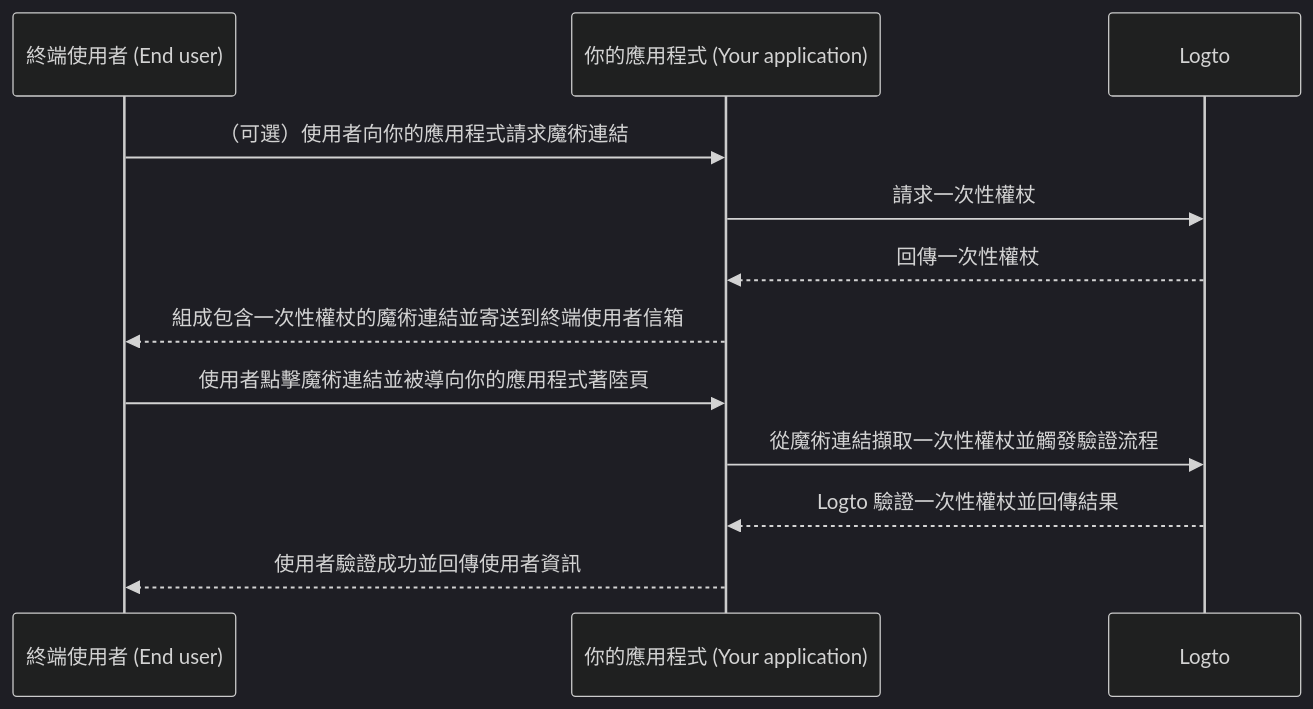
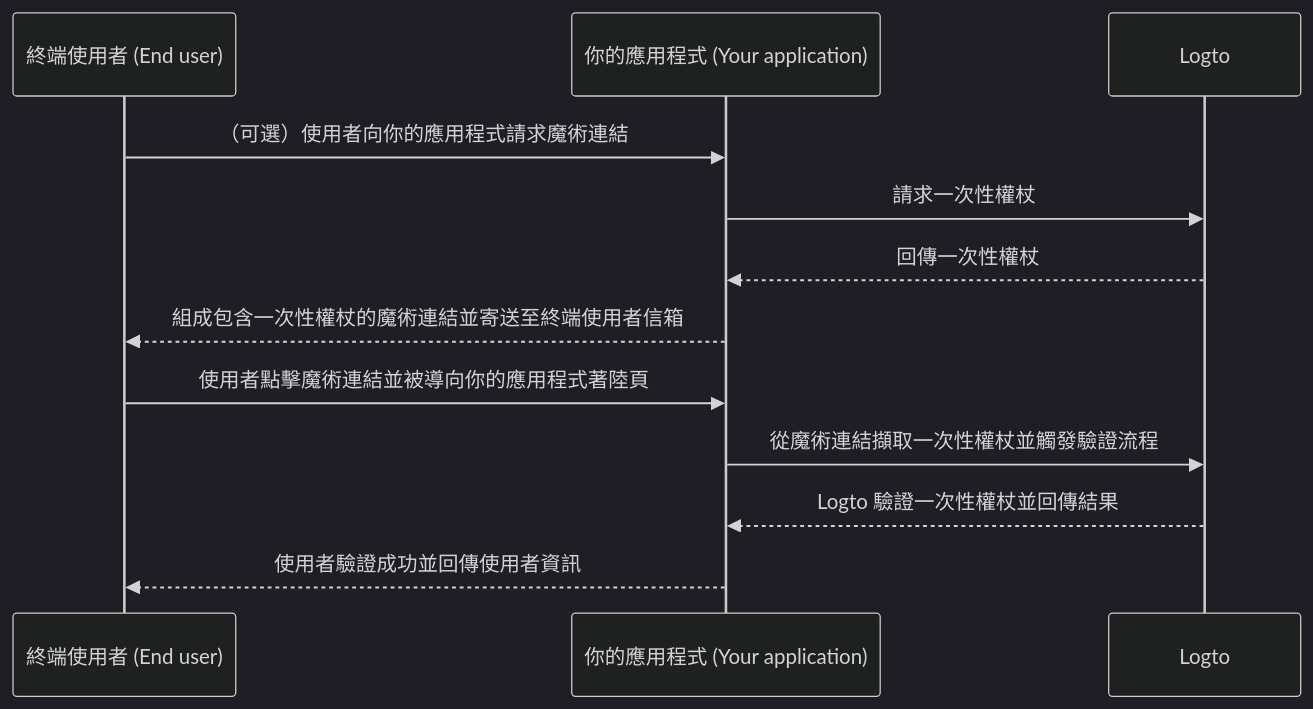
One commit to logto-io/docs changed the diagram in i18n/zh-TW/docusaurus-plugin-content-docs/current/end-user-flows/one-time-token.mdx. Above: the diagram before and after it, drawn with Mermaid (dark theme). The commit also changed other lines of this file and 666 other files, not shown here.

````diff
--- a/i18n/zh-TW/docusaurus-plugin-content-docs/current/end-user-flows/one-time-token.mdx
+++ b/i18n/zh-TW/docusaurus-plugin-content-docs/current/end-user-flows/one-time-token.mdx
@@ -37,15 +38,15 @@
 ```mermaid
 sequenceDiagram
   participant U as 終端使用者 (End user)
   participant C as 你的應用程式 (Your application)
   participant L as Logto
 
   U ->> C: （可選）使用者向你的應用程式請求魔術連結
   C ->> L: 請求一次性權杖
   L -->> C: 回傳一次性權杖
-  C -->> U: 組成包含一次性權杖的魔術連結並寄送到終端使用者信箱
+  C -->> U: 組成包含一次性權杖的魔術連結並寄送至終端使用者信箱
   U ->> C: 使用者點擊魔術連結並被導向你的應用程式著陸頁
   C ->> L: 從魔術連結擷取一次性權杖並觸發驗證流程
   L -->> C: Logto 驗證一次性權杖並回傳結果
   C -->> U: 使用者驗證成功並回傳使用者資訊
 ```
````
